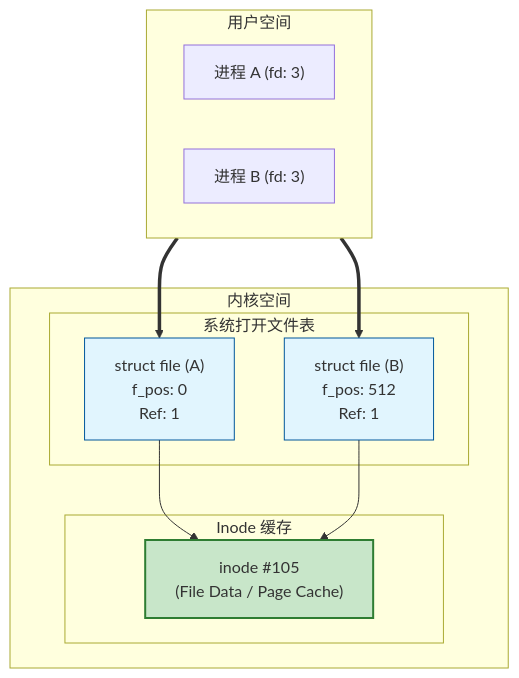
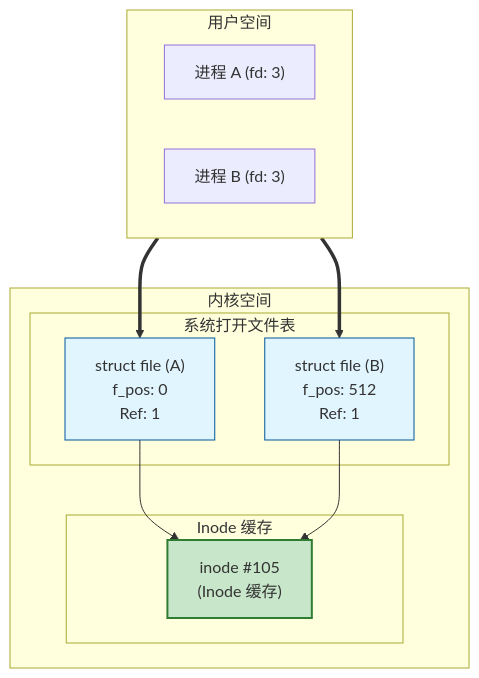
The second of 2 diagrams in CPP/04_系统编程/01_Linux系统编程/01_文件描述符.md (loskyertt/Notes), drawn with Mermaid before and after one commit. The commit also changed other lines of this file, not shown here.

````diff
--- a/CPP/04_系统编程/01_Linux系统编程/01_文件描述符.md
+++ b/CPP/04_系统编程/01_Linux系统编程/01_文件描述符.md
@@ -238,30 +317,30 @@
 ```mermaid
 flowchart TD
     subgraph Userspace [用户空间]
         direction LR
         PA["进程 A (fd: 3)"]
         PB["进程 B (fd: 3)"]
     end
 
     subgraph Kernel [内核空间]
         subgraph OFT [系统打开文件表]
             FA["struct file (A)<br/>f_pos: 0<br/>Ref: 1"]
             FB["struct file (B)<br/>f_pos: 512<br/>Ref: 1"]
         end
 
         subgraph InodeCache [Inode 缓存]
-            Node["inode #105<br/>(File Data / Page Cache)"]
+            Node["inode #105<br/>(Inode 缓存)"]
         end
     end
 
     %% 连线
     PA ==> FA
     PB ==> FB
     FA --> Node
     FB --> Node
 
     %% 样式
     style FA fill:#e1f5fe,stroke:#01579b
     style FB fill:#e1f5fe,stroke:#01579b
     style Node fill:#c8e6c9,stroke:#2e7d32,stroke-width:2px
 ```
````
